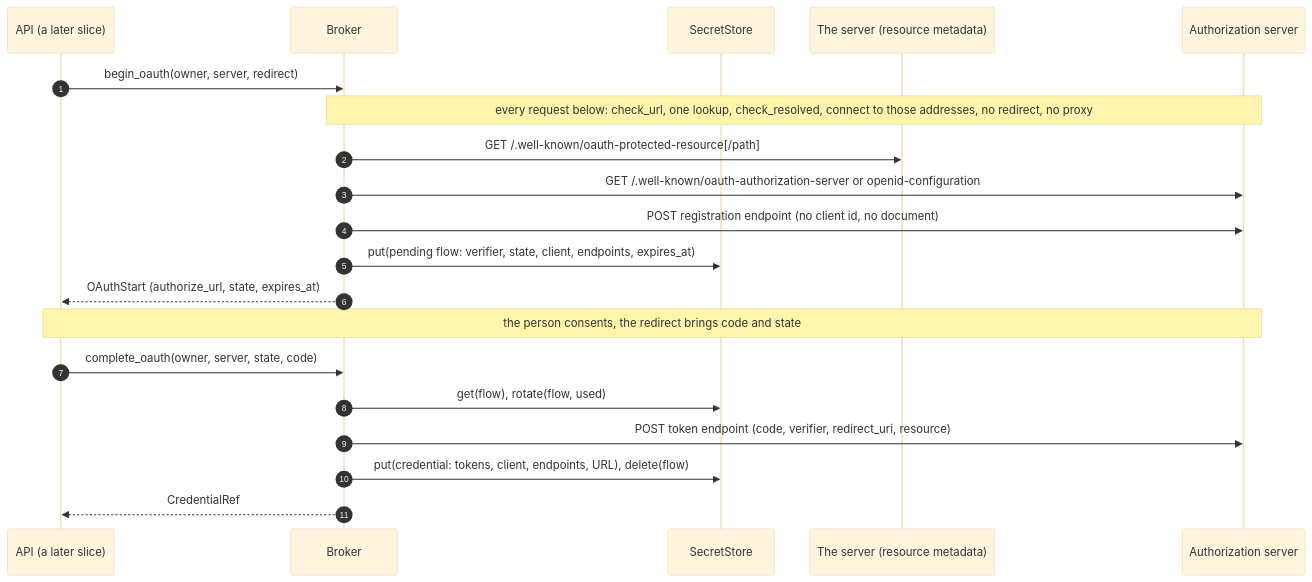
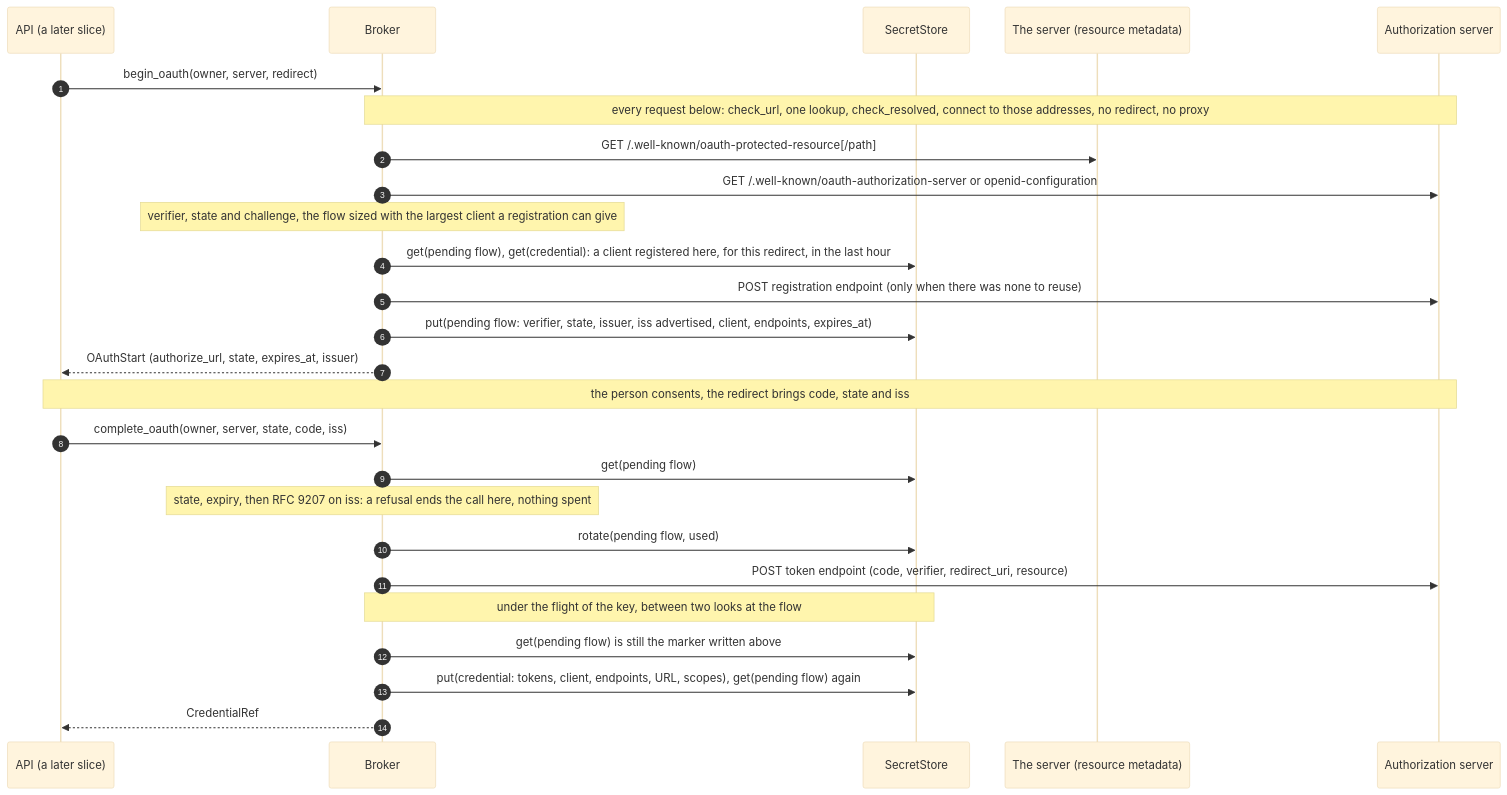
Before and after one commit to vymalo/another-agentic-system: the first of 4 diagrams in orchestrator/crates/credential-broker/README.md, drawn with Mermaid (base theme). The commit also changed other lines of this file and 5 other files, not shown here.

````diff
--- a/orchestrator/crates/credential-broker/README.md
+++ b/orchestrator/crates/credential-broker/README.md
@@ -53,22 +53,28 @@
 ```mermaid
 sequenceDiagram
   autonumber
   participant API as API (a later slice)
   participant B as Broker
   participant S as SecretStore
   participant R as The server (resource metadata)
   participant A as Authorization server
   API->>B: begin_oauth(owner, server, redirect)
   Note over B,A: every request below: check_url, one lookup, check_resolved, connect to those addresses, no redirect, no proxy
   B->>R: GET /.well-known/oauth-protected-resource[/path]
   B->>A: GET /.well-known/oauth-authorization-server or openid-configuration
-  B->>A: POST registration endpoint (no client id, no document)
-  B->>S: put(pending flow: verifier, state, client, endpoints, expires_at)
-  B-->>API: OAuthStart (authorize_url, state, expires_at)
-  Note over API,A: the person consents, the redirect brings code and state
-  API->>B: complete_oauth(owner, server, state, code)
-  B->>S: get(flow), rotate(flow, used)
+  Note over B: verifier, state and challenge, the flow sized with the largest client a registration can give
+  B->>S: get(pending flow), get(credential): a client registered here, for this redirect, in the last hour
+  B->>A: POST registration endpoint (only when there was none to reuse)
+  B->>S: put(pending flow: verifier, state, issuer, iss advertised, client, endpoints, expires_at)
+  B-->>API: OAuthStart (authorize_url, state, expires_at, issuer)
+  Note over API,A: the person consents, the redirect brings code, state and iss
+  API->>B: complete_oauth(owner, server, state, code, iss)
+  B->>S: get(pending flow)
+  Note over B: state, expiry, then RFC 9207 on iss: a refusal ends the call here, nothing spent
+  B->>S: rotate(pending flow, used)
   B->>A: POST token endpoint (code, verifier, redirect_uri, resource)
-  B->>S: put(credential: tokens, client, endpoints, URL), delete(flow)
+  Note over B,S: under the flight of the key, between two looks at the flow
+  B->>S: get(pending flow) is still the marker written above
+  B->>S: put(credential: tokens, client, endpoints, URL, scopes), get(pending flow) again
   B-->>API: CredentialRef
 ```
````
